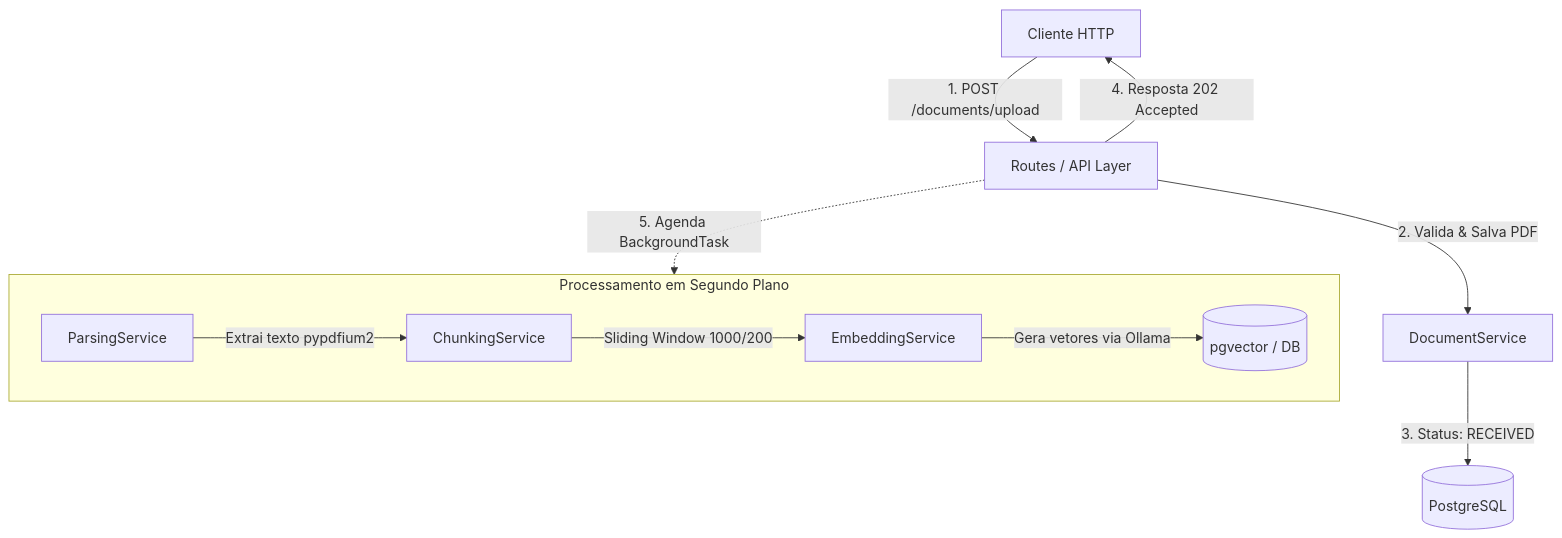
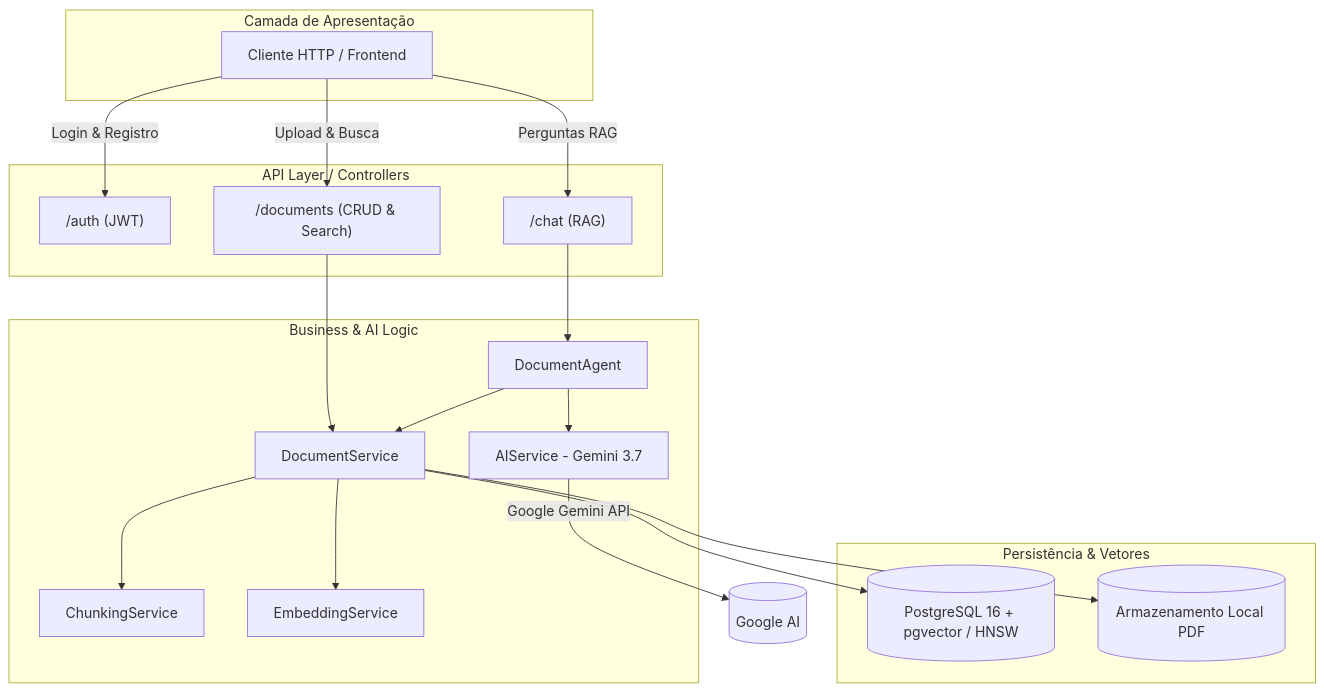
One commit to WMatias-Dev/document-ai-platform changed the first of 3 diagrams in readme.md. Above: the diagram before and after it, drawn with Mermaid. The commit also changed other lines of this file, not shown here.

Commit message:
docs: atualizar README com arquitetura RAG, gemini 3.7 flash e diagramas mermaid

````diff
--- a/readme.md
+++ b/readme.md
@@ -29,15 +29,41 @@
 ```mermaid
-flowchart TD
-    Client[Cliente HTTP] -->|1. POST /documents/upload| API[Routes / API Layer]
-    API -->|2. Valida & Salva PDF| DocService[DocumentService]
-    DocService -->|3. Status: RECEIVED| DB[(PostgreSQL)]
-    API -->|4. Resposta 202 Accepted| Client
-    
-    API -.->|5. Agenda BackgroundTask| Pipeline[Pipeline de IA]
-    
-    subgraph Pipeline [Processamento em Segundo Plano]
-        Parsing[ParsingService] -->|Extrai texto pypdfium2| Chunking[ChunkingService]
-        Chunking -->|Sliding Window 1000/200| Embedding[EmbeddingService]
-        Embedding -->|Gera vetores via Ollama| Storage[(pgvector / DB)]
+flowchart TB
+    subgraph ClientLayer [Camada de Apresentação]
+        UserClient[Cliente HTTP / Frontend]
     end
+
+    subgraph APILayer [API Layer / Controllers]
+        AuthRouter["/auth (JWT)"]
+        DocRouter["/documents (CRUD & Search)"]
+        ChatRouter["/chat (RAG)"]
+    end
+
+    subgraph ServiceLayer [Business & AI Logic]
+        DocService[DocumentService]
+        ChunkService[ChunkingService]
+        EmbedService[EmbeddingService]
+        Agent[DocumentAgent]
+        AIService[AIService - Gemini 3.7]
+    end
+
+    subgraph DataLayer [Persistência & Vetores]
+        DB[(PostgreSQL 16 + pgvector / HNSW)]
+        Disk[(Armazenamento Local PDF)]
+    end
+
+    UserClient -->|Login & Registro| AuthRouter
+    UserClient -->|Upload & Busca| DocRouter
+    UserClient -->|Perguntas RAG| ChatRouter
+
+    DocRouter --> DocService
+    ChatRouter --> Agent
+
+    DocService --> ChunkService
+    DocService --> EmbedService
+    DocService --> DB
+    DocService --> Disk
+
+    Agent --> DocService
+    Agent --> AIService
+    AIService -->|Google Gemini API| GeminiCloud[(Google AI)]
 ```
````
